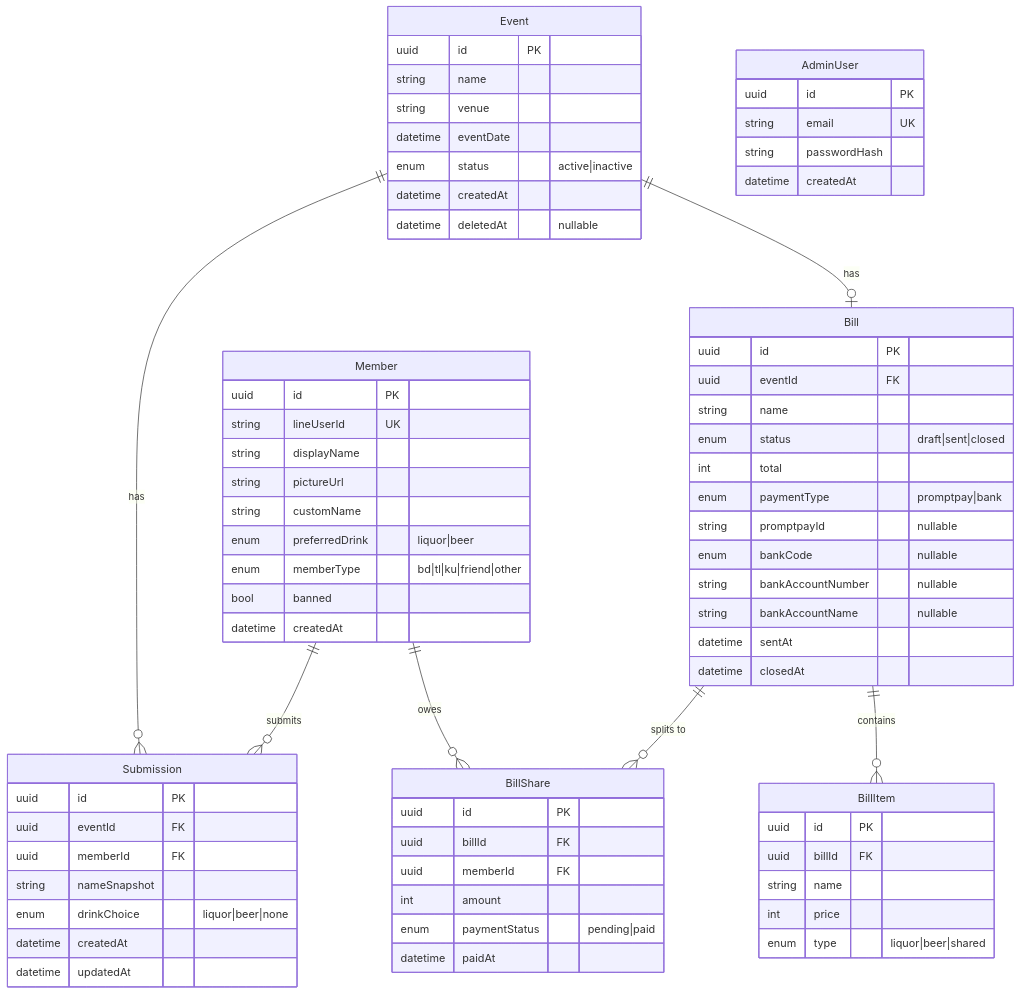
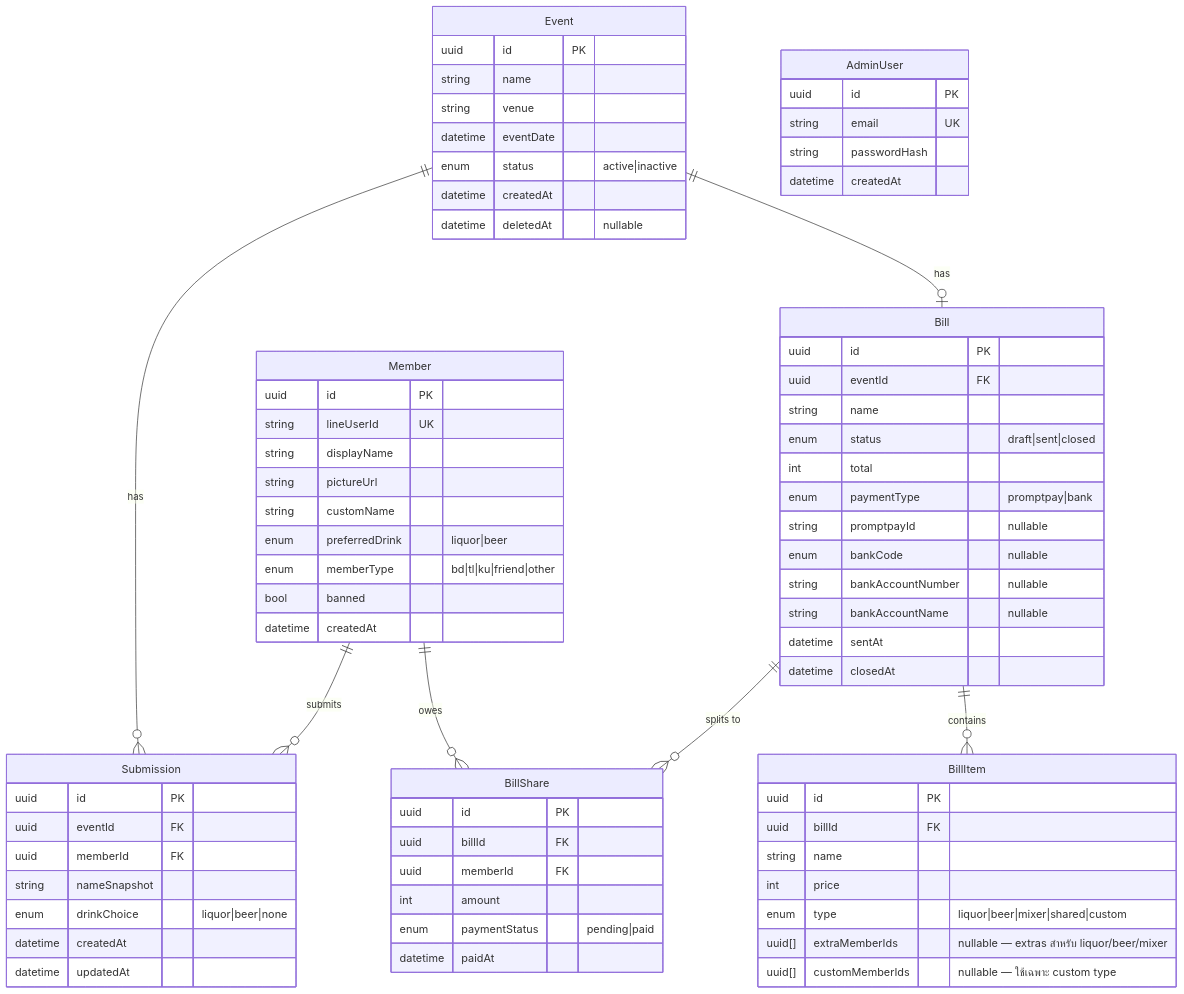
Before and after one commit to chankarn/MaoLeaw: the diagram in docs/PRD.md, drawn with Mermaid. The commit also changed other lines of this file and 15 other files, not shown here.

```diff
--- a/docs/PRD.md
+++ b/docs/PRD.md
@@ -413,7 +421,9 @@
     uuid billId FK
     string name
     int price
-    enum type "liquor|beer|shared"
+    enum type "liquor|beer|mixer|shared|custom"
+    uuid[] extraMemberIds "nullable — extras สำหรับ liquor/beer/mixer"
+    uuid[] customMemberIds "nullable — ใช้เฉพาะ custom type"
   }
 
   BillShare {
```
